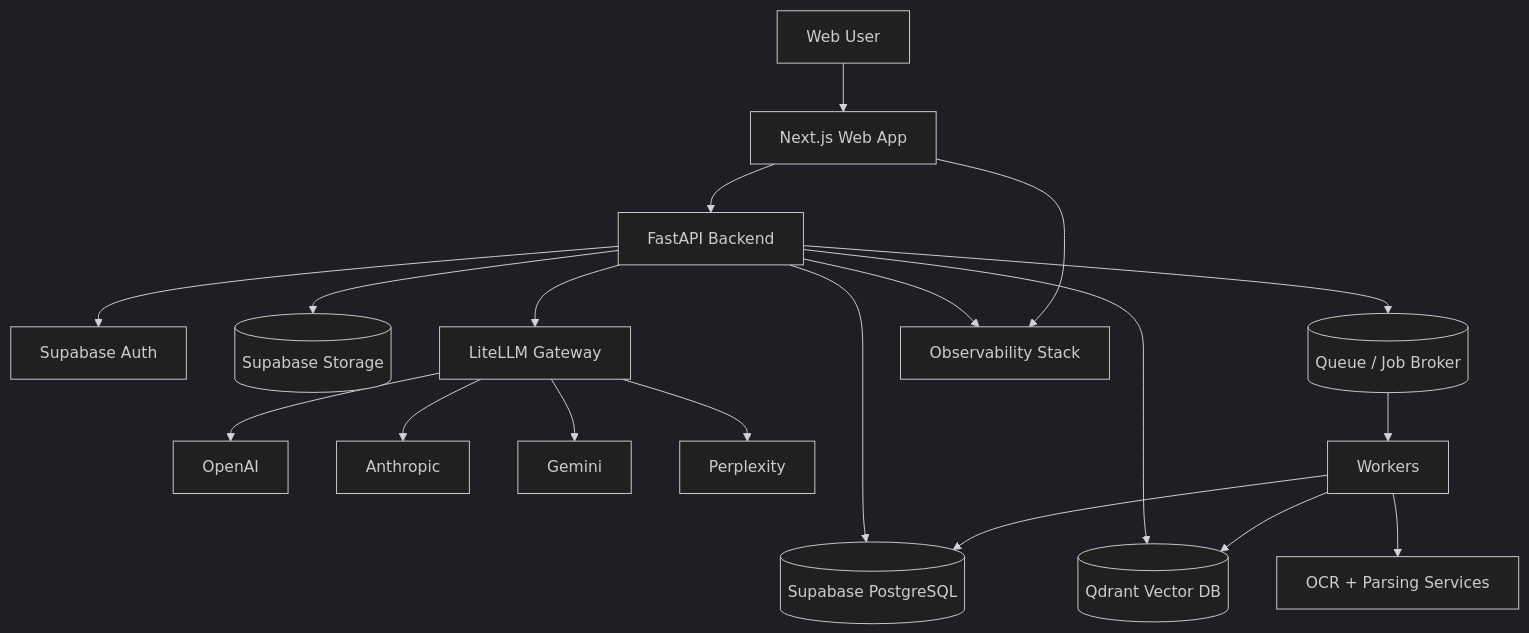
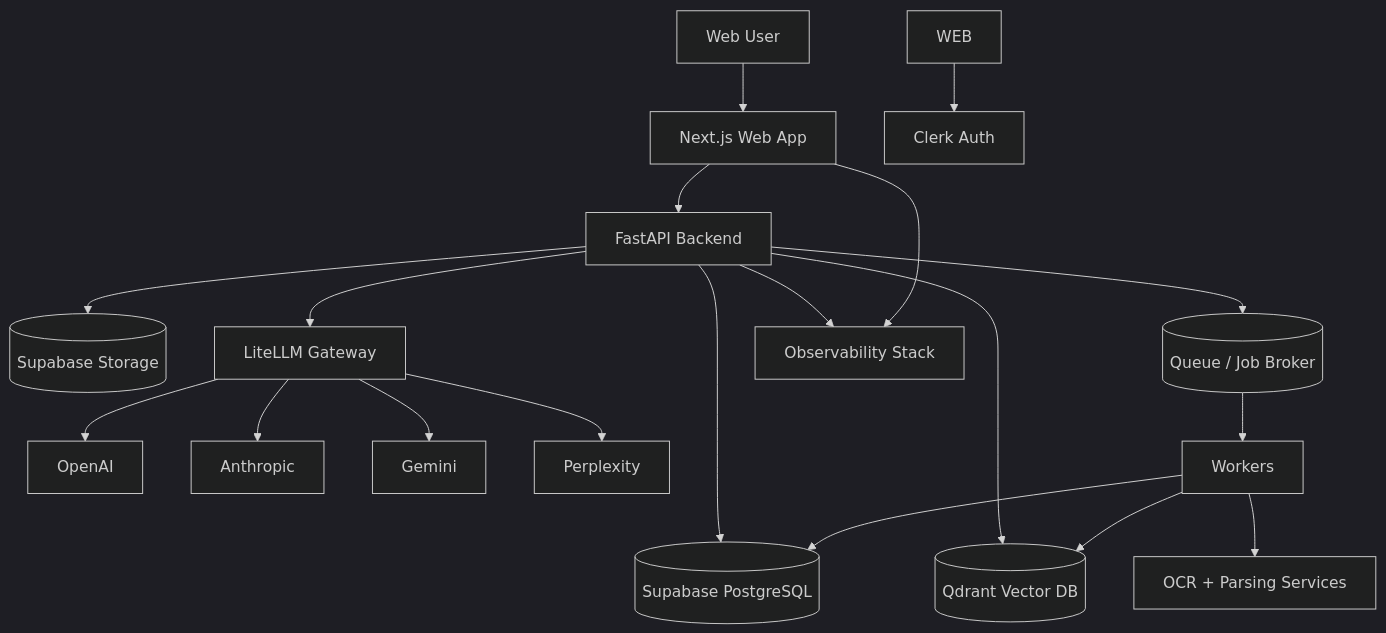
The first of 3 diagrams in docs/02-architecture/README.md (abiodunadesesan/aproko-ai), drawn with Mermaid (dark theme) before and after one commit. The commit also changed other lines of this file and 48 other files, not shown here.

Commit message:
Refactor authentication from Supabase Auth to Clerk, update project documentation, and enhance UI components. Adjusted TypeScript configuration for better path resolution and added new project and folder management endpoints in the API.

````diff
--- a/docs/02-architecture/README.md
+++ b/docs/02-architecture/README.md
@@ -12,21 +12,21 @@
 ```mermaid
 graph TD
   U[Web User] --> W[Next.js Web App]
   W --> API[FastAPI Backend]
-  API --> AUTH[Supabase Auth]
+  WEB --> AUTH[Clerk Auth]
   API --> PG[(Supabase PostgreSQL)]
   API --> ST[(Supabase Storage)]
   API --> QD[(Qdrant Vector DB)]
   API --> LLM[LiteLLM Gateway]
   LLM --> M1[OpenAI]
   LLM --> M2[Anthropic]
   LLM --> M3[Gemini]
   LLM --> M4[Perplexity]
   API --> Q[(Queue / Job Broker)]
   Q --> WK[Workers]
   WK --> OCR[OCR + Parsing Services]
   WK --> PG
   WK --> QD
   API --> OBS[Observability Stack]
   W --> OBS
 ```
````
